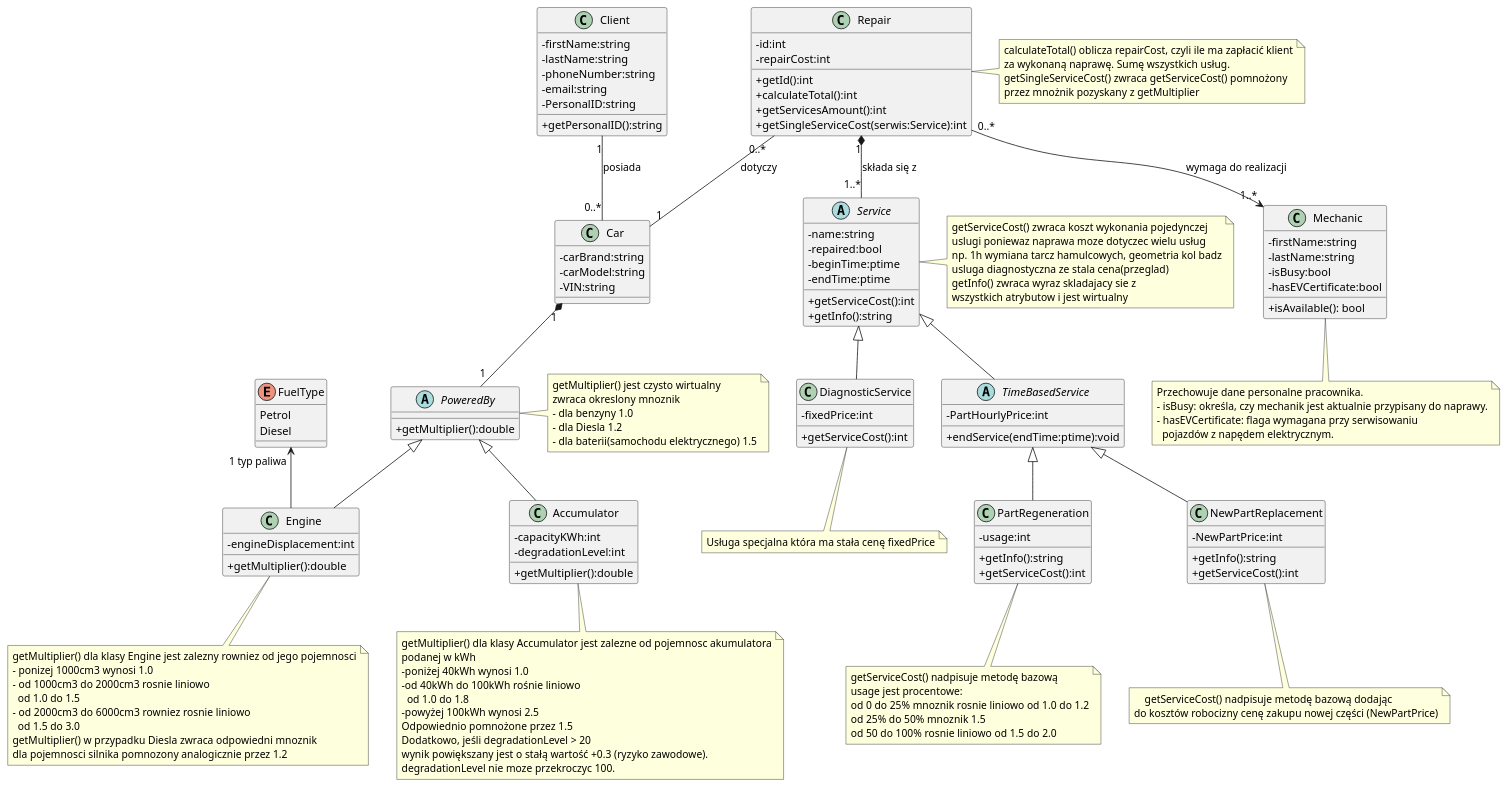
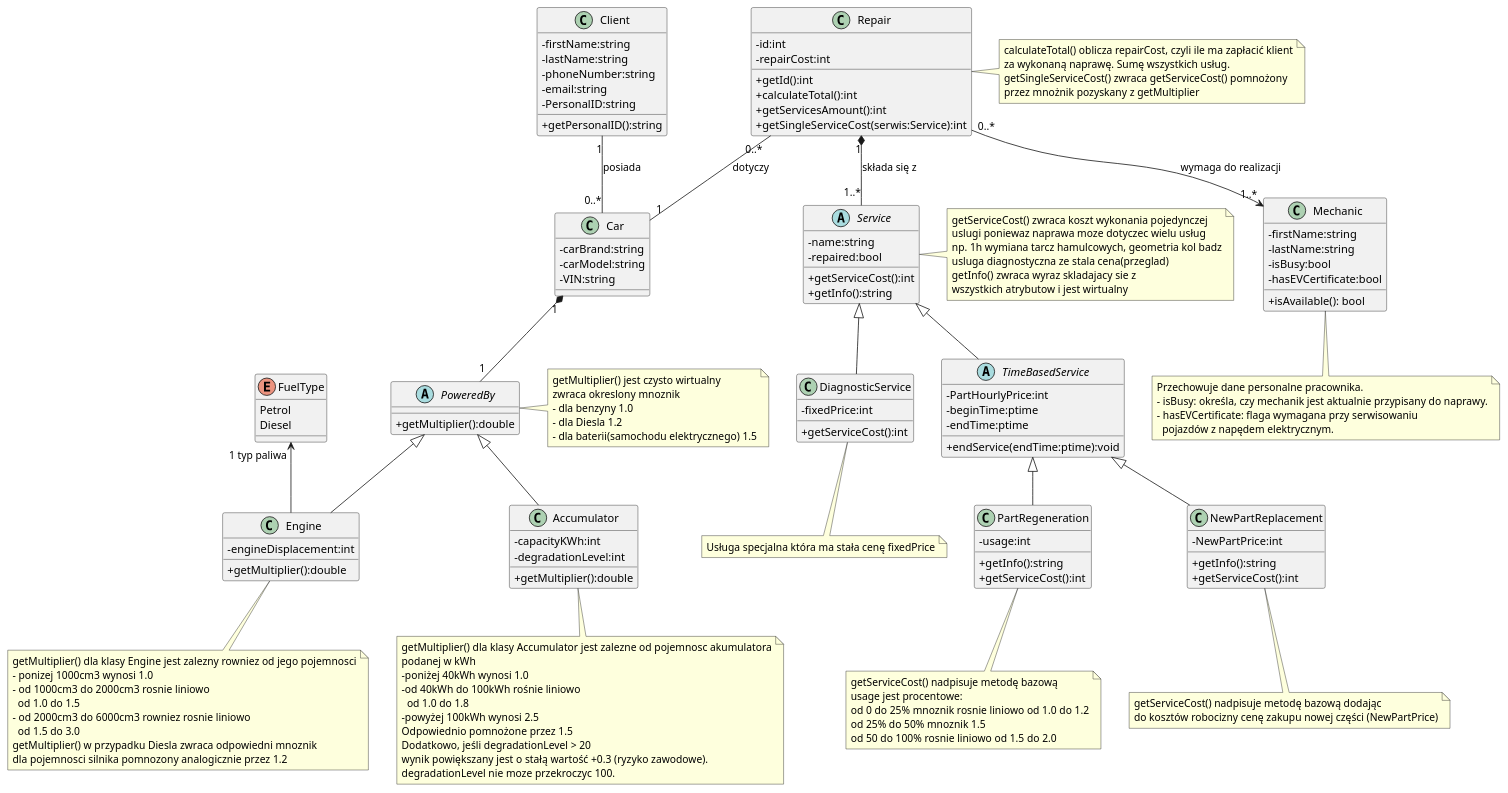
Before and after one commit to cyps0nik/pobi26: the diagram in uml/car_service.puml, drawn with PlantUML. The commit also changed other lines of this file and 2 other files, not shown here.

Commit message:
Utworzenie kolejnego pliku -> trzeciego dla UMLA. Posprzątanie po Resource, aktualizacja diagramów

```diff
--- a/uml/car_service.puml
+++ b/uml/car_service.puml
@@ -2,168 +1,168 @@
 @startuml
 'https://plantuml.com/class-diagram
 skinparam classAttributeIconSize 0
 
 class Car {
 - carBrand:string
 - carModel:string
 - VIN:string
 }
 
 class Client {
 - firstName:string
 - lastName:string
 - phoneNumber:string
 - email:string
 - PersonalID:string
 + getPersonalID():string
 }
 
 abstract class Service {
   -name:string
   -repaired:bool
-  -beginTime:ptime
-  -endTime:ptime
   +getServiceCost():int
   +getInfo():string
 }
 note right of Service
 getServiceCost() zwraca koszt wykonania pojedynczej
 uslugi poniewaz naprawa moze dotyczec wielu usług
 np. 1h wymiana tarcz hamulcowych, geometria kol badz
 usluga diagnostyczna ze stala cena(przeglad)
 getInfo() zwraca wyraz skladajacy sie z
 wszystkich atrybutow i jest wirtualny
 end note
 
 abstract class TimeBasedService {
   -PartHourlyPrice:int
+  -beginTime:ptime
+  -endTime:ptime
   +endService(endTime:ptime):void
 }
 
 class DiagnosticService {
   -fixedPrice:int
   +getServiceCost():int
 }
 note bottom of DiagnosticService
     Usługa specjalna która ma stała cenę fixedPrice
 end note
 
 class PartRegeneration {
 -usage:int
 +getInfo():string
 +getServiceCost():int
 }
 note bottom of PartRegeneration
 getServiceCost() nadpisuje metodę bazową
 usage jest procentowe:
 od 0 do 25% mnoznik rosnie liniowo od 1.0 do 1.2
 od 25% do 50% mnoznik 1.5
 od 50 do 100% rosnie liniowo od 1.5 do 2.0
 end note
 
 class NewPartReplacement {
 -NewPartPrice:int
 +getInfo():string
 +getServiceCost():int
 }
 note bottom of NewPartReplacement
-    getServiceCost() nadpisuje metodę bazową dodając
+getServiceCost() nadpisuje metodę bazową dodając
 do kosztów robocizny cenę zakupu nowej części (NewPartPrice)
 end note
 
 class Repair {
 -id:int
 -repairCost:int
 +getId():int
 +calculateTotal():int
 +getServicesAmount():int
 +getSingleServiceCost(serwis:Service):int
 }
 note right of Repair
 calculateTotal() oblicza repairCost, czyli ile ma zapłacić klient
 za wykonaną naprawę. Sumę wszystkich usług.
 getSingleServiceCost() zwraca getServiceCost() pomnożony
 przez mnożnik pozyskany z getMultiplier
 end note
 
 abstract class PoweredBy {
 +getMultiplier():double
 }
 note left of PoweredBy
 getMultiplier() jest czysto wirtualny
 zwraca okreslony mnoznik
 - dla benzyny 1.0
 - dla Diesla 1.2
 - dla baterii(samochodu elektrycznego) 1.5
 end note
 
 class Engine {
 -engineDisplacement:int
 +getMultiplier():double
 }
 enum FuelType {
 Petrol
 Diesel
 }
 note bottom of Engine
 getMultiplier() dla klasy Engine jest zalezny rowniez od jego pojemnosci
 - ponizej 1000cm3 wynosi 1.0
 - od 1000cm3 do 2000cm3 rosnie liniowo
   od 1.0 do 1.5
 - od 2000cm3 do 6000cm3 rowniez rosnie liniowo
   od 1.5 do 3.0
 getMultiplier() w przypadku Diesla zwraca odpowiedni mnoznik
 dla pojemnosci silnika pomnozony analogicznie przez 1.2
 end note
 
 class Accumulator {
 -capacityKWh:int
 -degradationLevel:int
 +getMultiplier():double
 }
 note bottom of Accumulator
 getMultiplier() dla klasy Accumulator jest zalezne od pojemnosc akumulatora
 podanej w kWh
 -poniżej 40kWh wynosi 1.0
 -od 40kWh do 100kWh rośnie liniowo
   od 1.0 do 1.8
 -powyżej 100kWh wynosi 2.5
 Odpowiednio pomnożone przez 1.5
 Dodatkowo, jeśli degradationLevel > 20
 wynik powiększany jest o stałą wartość +0.3 (ryzyko zawodowe).
 degradationLevel nie moze przekroczyc 100.
 end note
 
 class Mechanic {
   -firstName:string
   -lastName:string
   -isBusy:bool
   -hasEVCertificate:bool
   +isAvailable(): bool
 }
 note bottom of Mechanic
     Przechowuje dane personalne pracownika.
     - isBusy: określa, czy mechanik jest aktualnie przypisany do naprawy.
     - hasEVCertificate: flaga wymagana przy serwisowaniu
       pojazdów z napędem elektrycznym.
 end note
 
 
 ' <--- RELACJE --->
 
 Client "1" -- "0..*" Car : posiada
 Repair "0..*" -- "1" Car : dotyczy
 Repair "1" *-- "1..*" Service : składa się z
 Car "1" *-- "1" PoweredBy
 PoweredBy <|-- Engine
 PoweredBy <|-- Accumulator
 FuelType "1 typ paliwa" <-- Engine
 
 Service <|-- DiagnosticService
 TimeBasedService <|-- NewPartReplacement
 TimeBasedService <|-- PartRegeneration
 Service <|-- TimeBasedService
 
 Repair "0..*" --> "1..*" Mechanic : wymaga do realizacji
 
 @enduml
```
